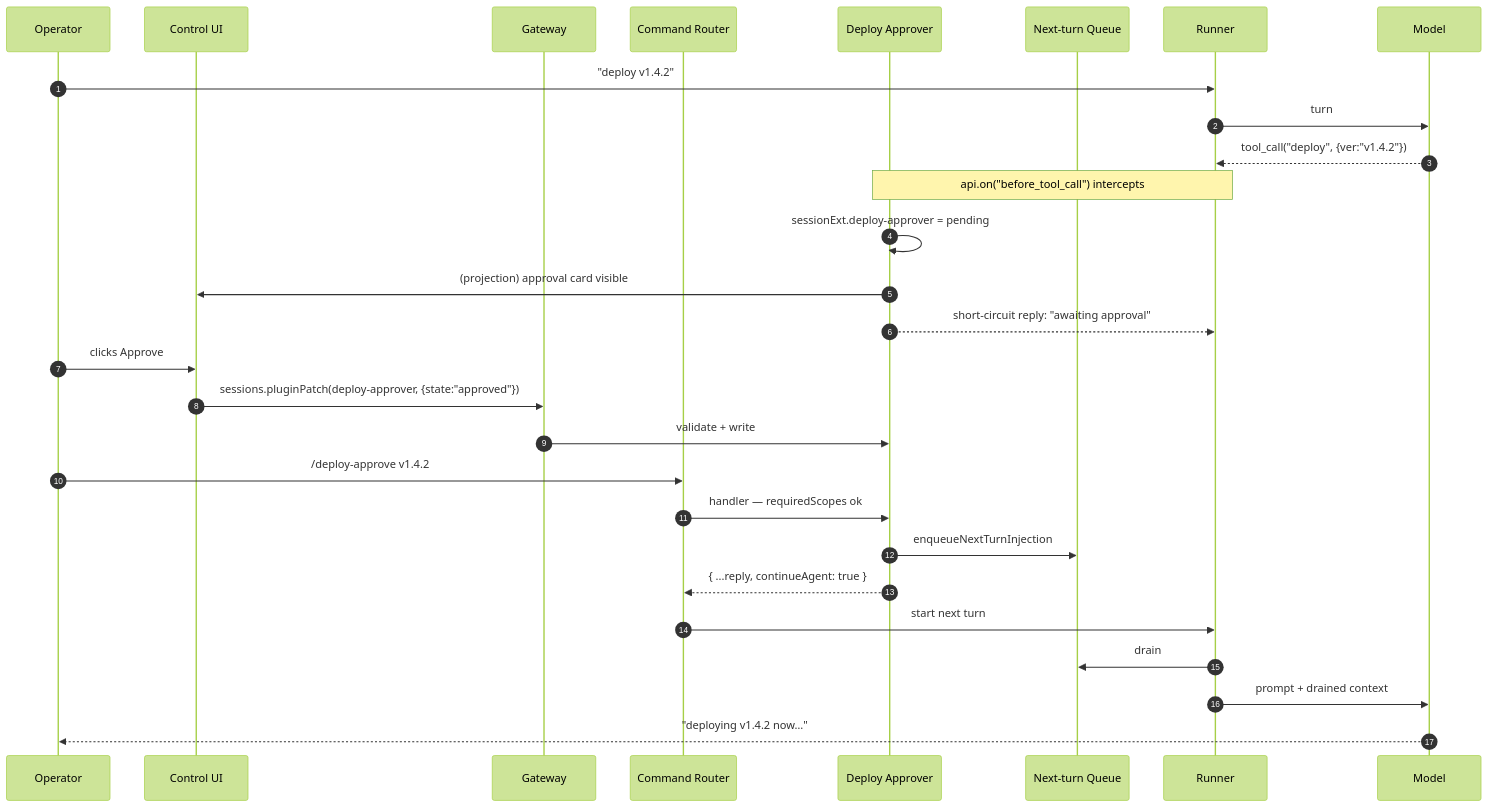
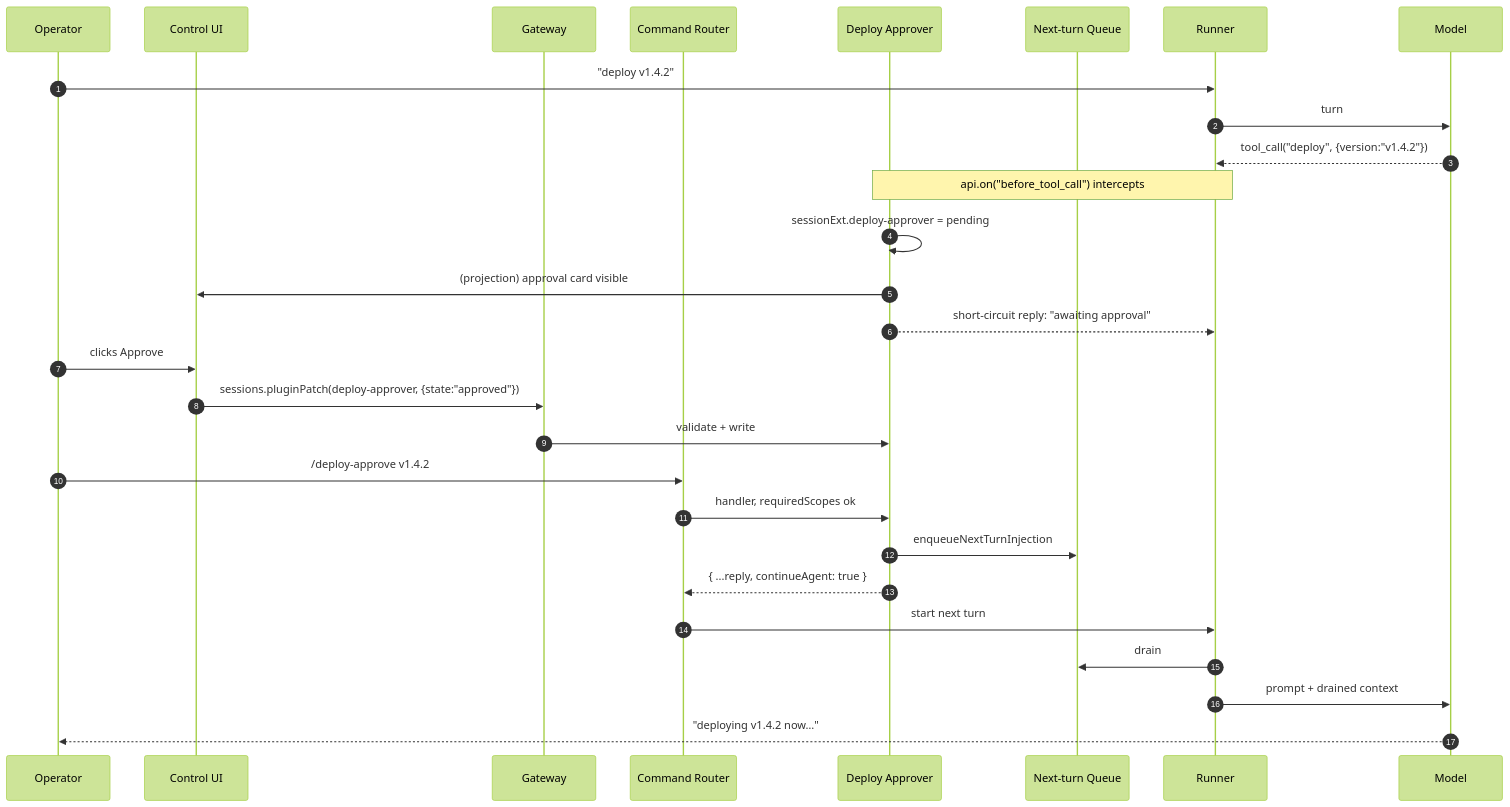
Diagram 17 of 23 in docs/plugins/host-hooks-examples.md (openclaw/openclaw), drawn with Mermaid (forest theme) before and after one commit. The commit also changed other lines of this file, not shown here.

Commit message:
docs(plugin-sdk): clarify host-hook recipe stack

````diff
--- a/docs/plugins/host-hooks-examples.md
+++ b/docs/plugins/host-hooks-examples.md
@@ -1700,33 +1718,33 @@
 ```mermaid
 sequenceDiagram
   autonumber
   participant Op as Operator
   participant UI as Control UI
   participant GW as Gateway
   participant Cmd as Command Router
   participant Plugin as Deploy Approver
   participant Q as Next-turn Queue
   participant R as Runner
   participant M as Model
 
   Op->>R: "deploy v1.4.2"
   R->>M: turn
-  M-->>R: tool_call("deploy", {ver:"v1.4.2"})
+  M-->>R: tool_call("deploy", {version:"v1.4.2"})
   Note over R,Plugin: api.on("before_tool_call") intercepts
 
   Plugin->>Plugin: sessionExt.deploy-approver = pending
   Plugin->>UI: (projection) approval card visible
   Plugin-->>R: short-circuit reply: "awaiting approval"
 
   Op->>UI: clicks Approve
   UI->>GW: sessions.pluginPatch(deploy-approver, {state:"approved"})
   GW->>Plugin: validate + write
   Op->>Cmd: /deploy-approve v1.4.2
-  Cmd->>Plugin: handler — requiredScopes ok
+  Cmd->>Plugin: handler, requiredScopes ok
   Plugin->>Q: enqueueNextTurnInjection
   Plugin-->>Cmd: { ...reply, continueAgent: true }
   Cmd->>R: start next turn
   R->>Q: drain
   R->>M: prompt + drained context
   M-->>Op: "deploying v1.4.2 now…"
 ```
````
